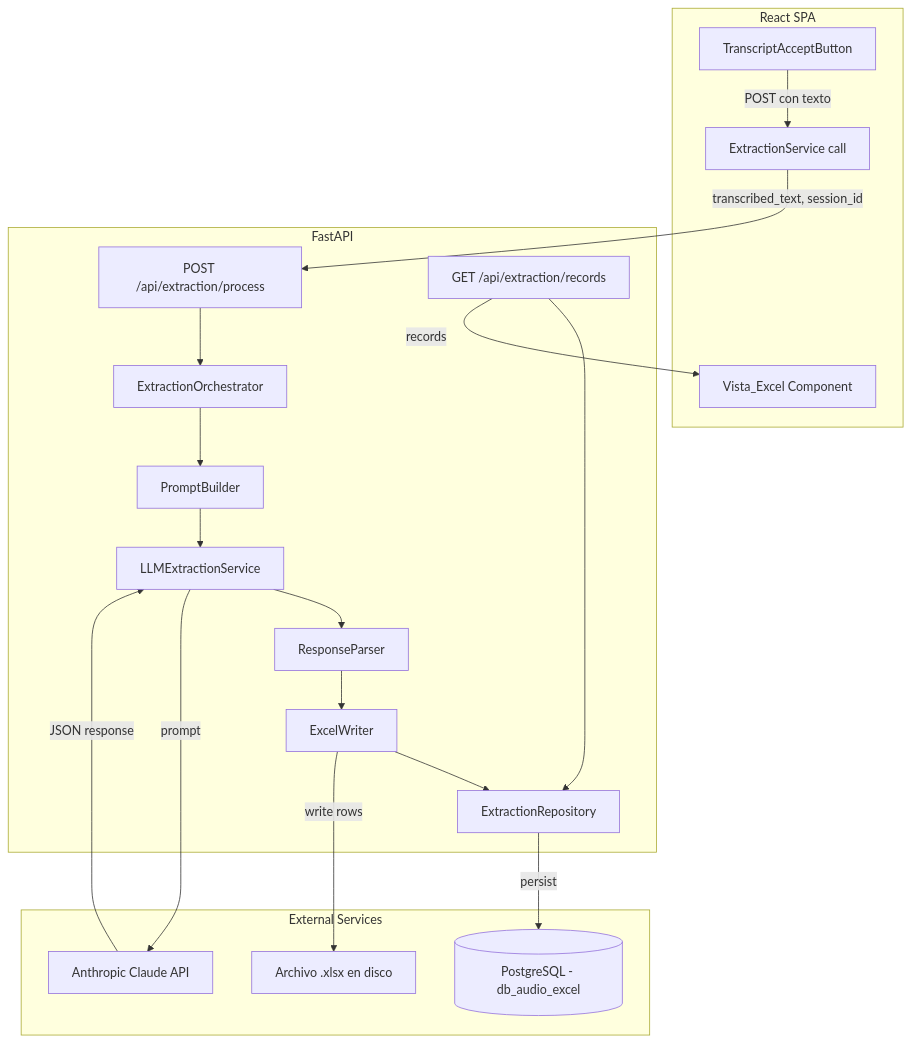
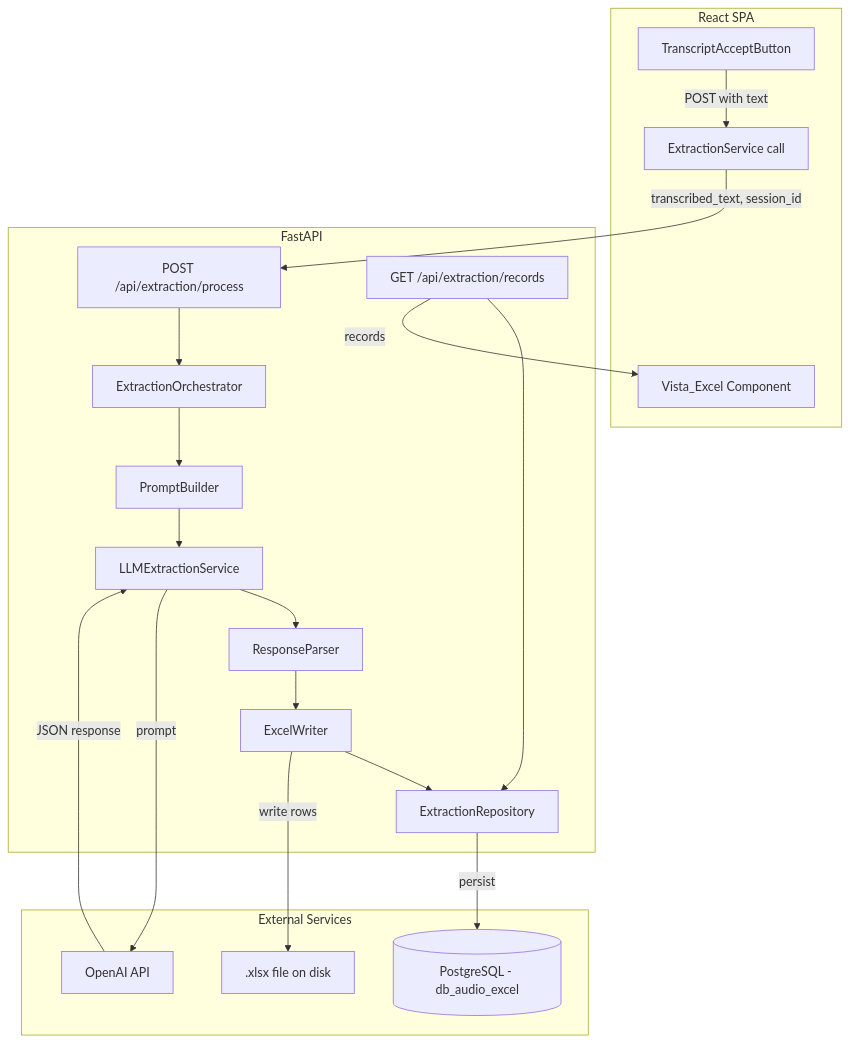
Before and after one commit to cvegaz/voxa: the first of 2 diagrams in .kiro/specs/llm-extraction-excel-output/design.md, drawn with Mermaid. The commit also changed other lines of this file and 50 other files, not shown here.

````diff
--- a/.kiro/specs/llm-extraction-excel-output/design.md
+++ b/.kiro/specs/llm-extraction-excel-output/design.md
@@ -21,30 +21,30 @@
 ```mermaid
 flowchart TD
     subgraph Frontend [React SPA]
-        A[TranscriptAcceptButton] -->|POST con texto| B[ExtractionService call]
+        A[TranscriptAcceptButton] -->|POST with text| B[ExtractionService call]
         C[Vista_Excel Component]
     end
 
     subgraph Backend [FastAPI]
         D[POST /api/extraction/process] --> E[ExtractionOrchestrator]
         E --> F[PromptBuilder]
         F --> G[LLMExtractionService]
         G --> H[ResponseParser]
         H --> I[ExcelWriter]
         I --> J[ExtractionRepository]
         K[GET /api/extraction/records] --> J
     end
 
     subgraph External [External Services]
         L[(PostgreSQL - db_audio_excel)]
-        M[Anthropic Claude API]
-        N[Archivo .xlsx en disco]
+        M[OpenAI API]
+        N[.xlsx file on disk]
     end
 
     B -->|transcribed_text, session_id| D
     G -->|prompt| M
     M -->|JSON response| G
     I -->|write rows| N
     J -->|persist| L
     K -->|records| C
 ```
````
